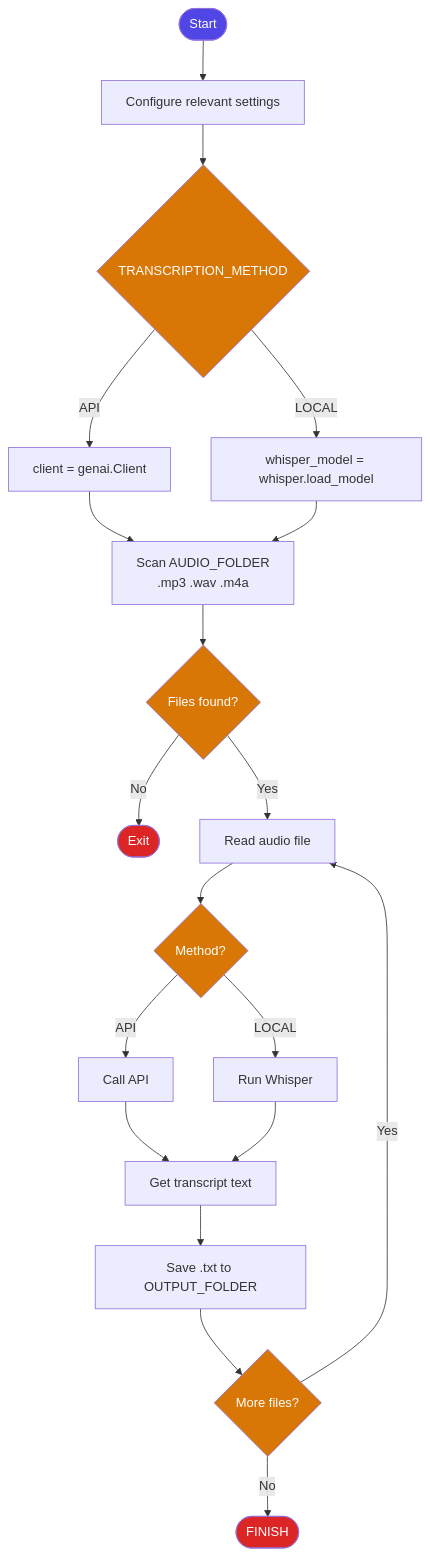
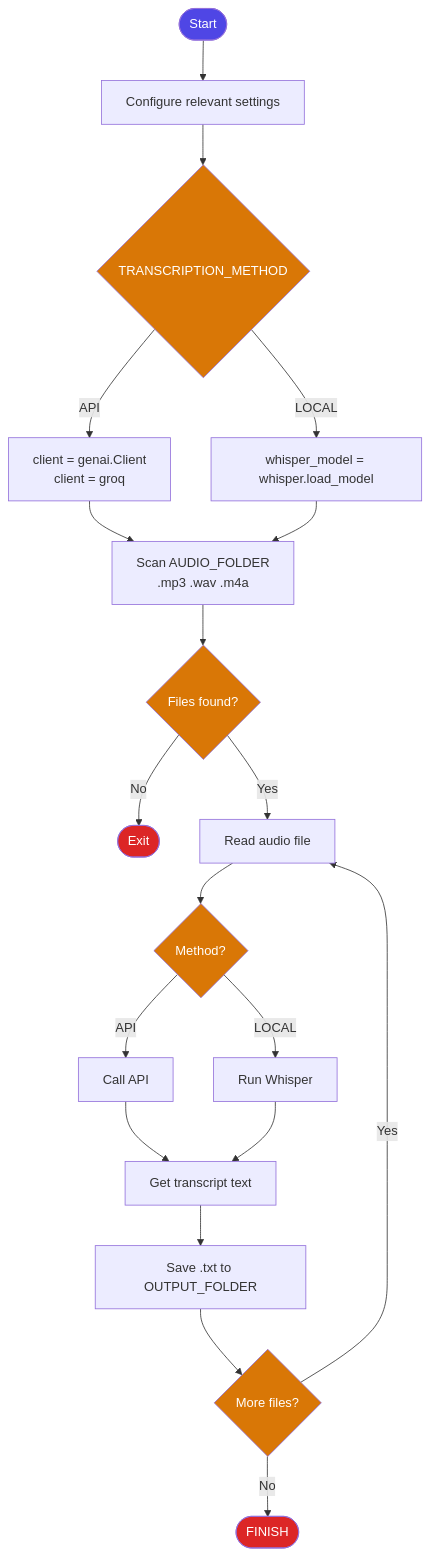
The second of 2 diagrams in README.md (Tseng1114/speech2text), drawn with Mermaid before and after one commit. The commit also changed other lines of this file, not shown here.

````diff
--- a/README.md
+++ b/README.md
@@ -100,35 +117,35 @@
 ```mermaid
 flowchart TD
     A([Start]) --> B[Configure relevant settings]
     B --> C{TRANSCRIPTION_METHOD}
 
-    C -->|API| D[client = genai.Client]
+    C -->|API| D[client = genai.Client <br/> client = groq]
     C -->|LOCAL| E[whisper_model = whisper.load_model]
 
     D --> F[Scan AUDIO_FOLDER <br/> .mp3 .wav .m4a]
     E --> F
 
     F --> G{Files found?}
     G -->|No| Z([Exit])
     G -->|Yes| H[Read audio file]
 
     H --> I{Method?}
     I -->|API| J[Call API]
     I -->|LOCAL| K[Run Whisper]
 
     J --> L[Get transcript text]
     K --> L
 
     L --> M[Save .txt to OUTPUT_FOLDER]
     M --> N{More files?}
     N -->|Yes| H
     N -->|No| O([FINISH])
 
     style A fill:#4F46E5,color:#fff
     style C fill:#D97706,color:#fff
     style G fill:#D97706,color:#fff
     style I fill:#D97706,color:#fff
     style N fill:#D97706,color:#fff
     style O fill:#DC2626,color:#fff
     style Z fill:#DC2626,color:#fff
 ```
````
